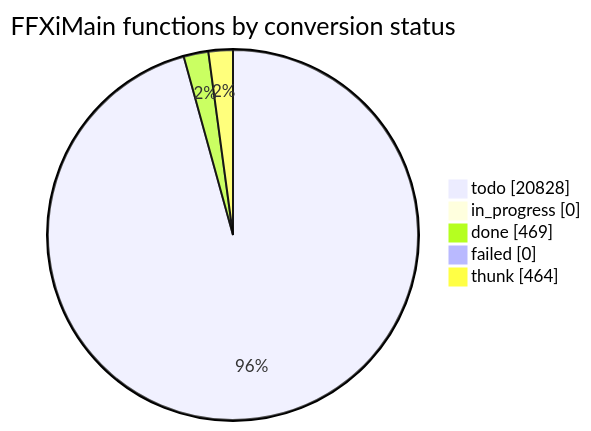
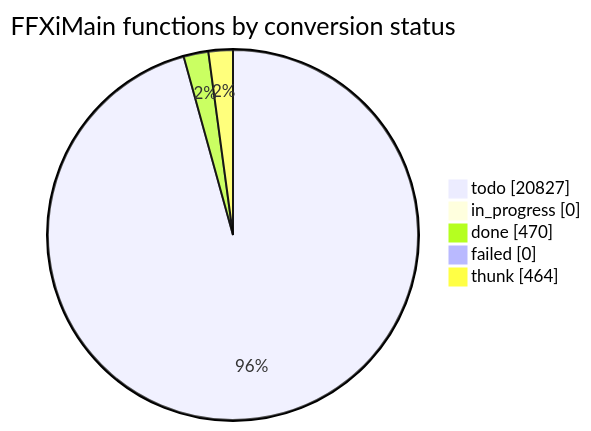
Before and after one commit to cowrevenge/cow_kuluu_xi_anything: the diagram in docs/cow/STATUS.md, drawn with Mermaid. The commit also changed other lines of this file and 9 other files, not shown here.

````diff
--- a/docs/cow/STATUS.md
+++ b/docs/cow/STATUS.md
@@ -18,9 +18,9 @@
 ```mermaid
 pie showData
     title FFXiMain functions by conversion status
-    "todo" : 20828
+    "todo" : 20827
     "in_progress" : 0
-    "done" : 469
+    "done" : 470
     "failed" : 0
     "thunk" : 464
 ```
````
